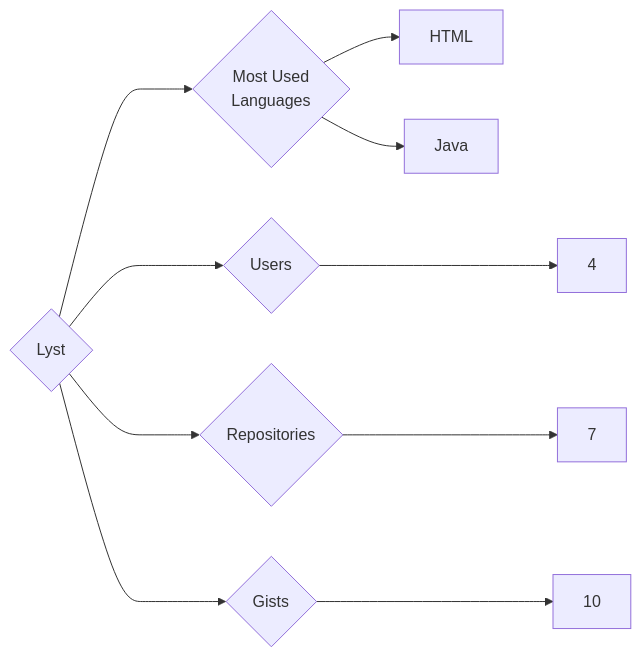
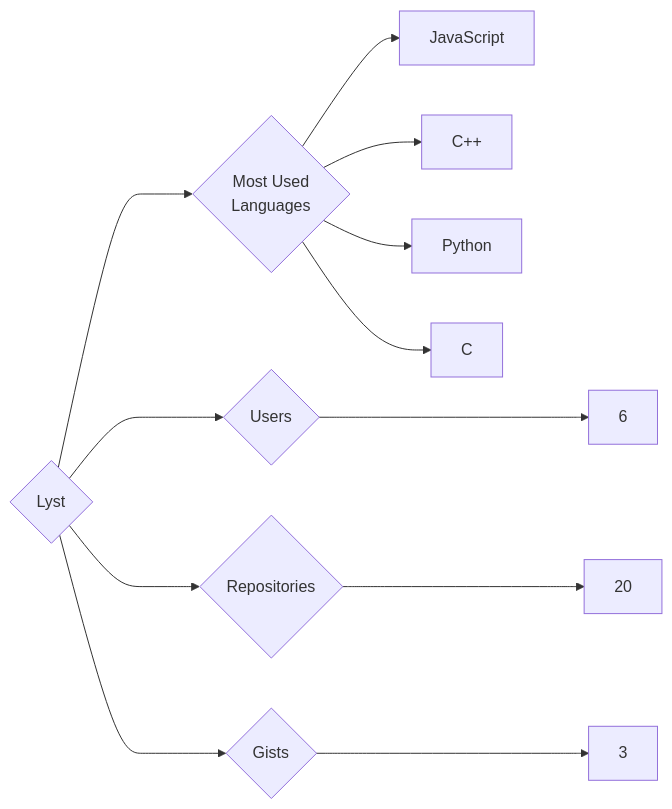
Before and after one commit to trickest/insiders: the diagram in targets/Lyst/README.md, drawn with Mermaid. The commit also changed 1508 other files, not shown here.

````diff
--- a/targets/Lyst/README.md
+++ b/targets/Lyst/README.md
@@ -3,10 +3,12 @@
 ```mermaid
 graph LR
 COMPANY_NAME{Lyst}
-COMPANY_NAME ---> U{Users} ---> UN[4]
-COMPANY_NAME ---> R{Repositories} ---> RN[7]
-COMPANY_NAME ---> G{Gists} ---> GN[10]
+COMPANY_NAME ---> U{Users} ---> UN[6]
+COMPANY_NAME ---> R{Repositories} ---> RN[20]
+COMPANY_NAME ---> G{Gists} ---> GN[3]
 COMPANY_NAME ---> ML{Most Used<br>Languages}
-ML --> HTML[HTML]
-ML --> Java[Java]
+ML --> JavaScript[JavaScript]
+ML --> C++[C++]
+ML --> Python[Python]
+ML --> C[C]
 ```
````
